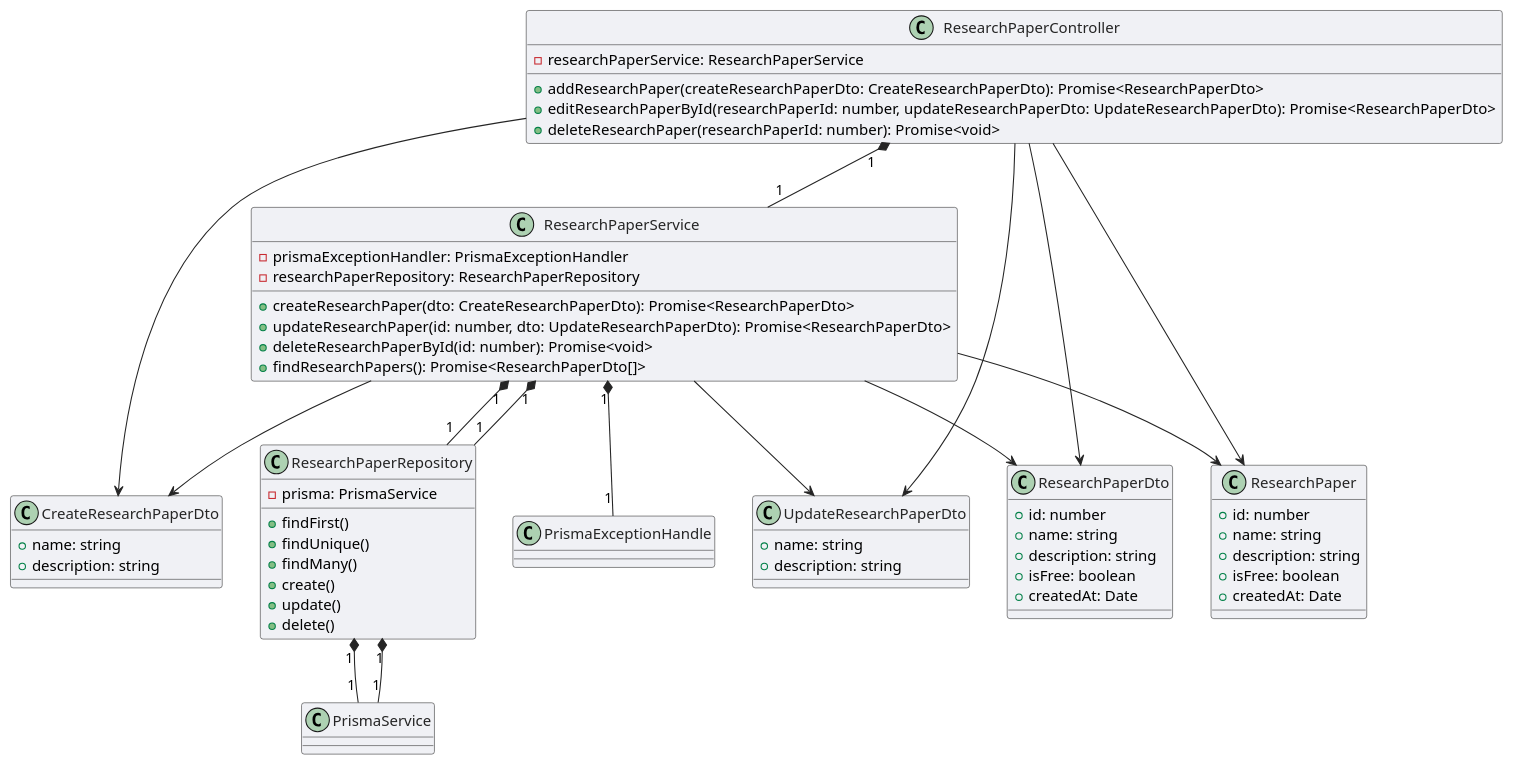
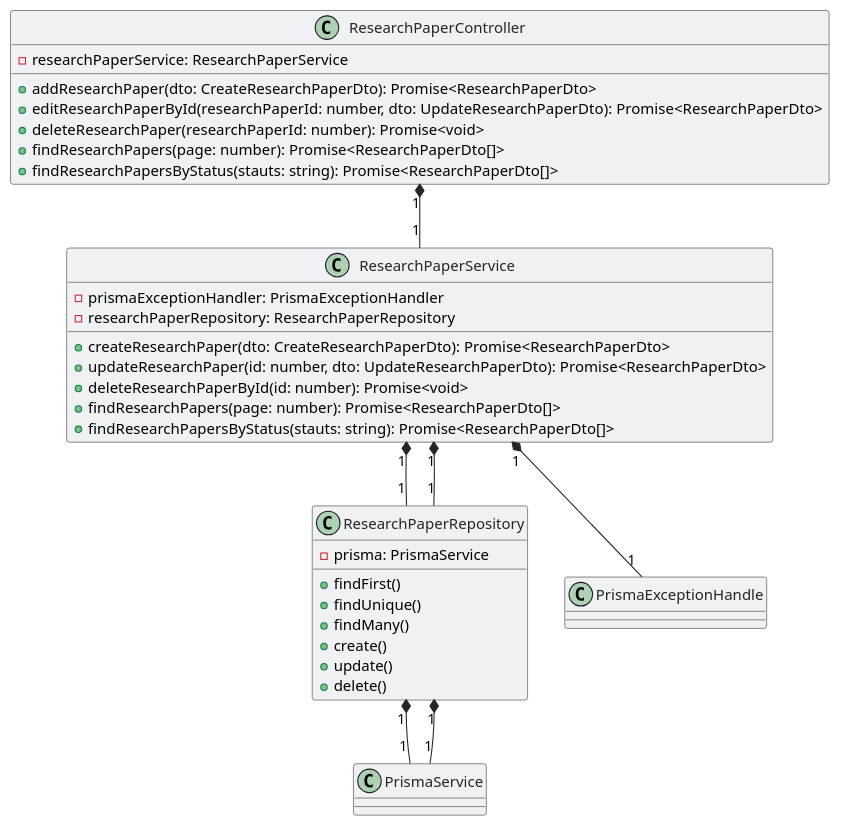
The diagram in docs/diagrams/wsd/research-paper.wsd (drDeepl/data-mining-lab-api-nest), drawn with PlantUML before and after one commit. The commit also changed 14 other files, not shown here.

Commit message:
updated diagrams

```diff
--- a/docs/diagrams/wsd/research-paper.wsd
+++ b/docs/diagrams/wsd/research-paper.wsd
@@ -1,76 +1,48 @@
 @startuml research_paper
 
 skinparam ArrowColor #252525
 skinparam ClassBackgroundColor #F0F1F5
 skinparam ClassBorderColor #252525
 skinparam ClassFontColor #252525
 
 
 class ResearchPaperRepository {
   - prisma: PrismaService
   + findFirst()
   + findUnique()
   + findMany()
   + create()
   + update()
   + delete()
 }
 
+class ResearchPaperController {
+
+    - researchPaperService: ResearchPaperService
+    + addResearchPaper(dto: CreateResearchPaperDto): Promise<ResearchPaperDto>
+    + editResearchPaperById(researchPaperId: number, dto: UpdateResearchPaperDto): Promise<ResearchPaperDto>
+    + deleteResearchPaper(researchPaperId: number): Promise<void>
+    + findResearchPapers(page: number): Promise<ResearchPaperDto[]>
+    + findResearchPapersByStatus(stauts: string): Promise<ResearchPaperDto[]>
+
+}
+
+
 class ResearchPaperService {
   - prismaExceptionHandler: PrismaExceptionHandler
   - researchPaperRepository: ResearchPaperRepository
   + createResearchPaper(dto: CreateResearchPaperDto): Promise<ResearchPaperDto>
   + updateResearchPaper(id: number, dto: UpdateResearchPaperDto): Promise<ResearchPaperDto>
   + deleteResearchPaperById(id: number): Promise<void>
-  + findResearchPapers(): Promise<ResearchPaperDto[]>
+  + findResearchPapers(page: number): Promise<ResearchPaperDto[]>
+  + findResearchPapersByStatus(stauts: string): Promise<ResearchPaperDto[]>
 }
 
-class CreateResearchPaperDto {
-  + name: string
-  + description: string
-}
-
-class UpdateResearchPaperDto {
-  + name: string
-  + description: string
-}
-
-class ResearchPaperDto {
-  + id: number
-  + name: string
-  + description: string
-  + isFree: boolean
-  + createdAt: Date
-}
-
-class ResearchPaper {
-  + id: number
-  + name: string
-  + description: string
-  + isFree: boolean
-  + createdAt: Date
-}
-
-class ResearchPaperController {
-
-    -researchPaperService: ResearchPaperService
-    +addResearchPaper(createResearchPaperDto: CreateResearchPaperDto): Promise<ResearchPaperDto>
-    +editResearchPaperById(researchPaperId: number, updateResearchPaperDto: UpdateResearchPaperDto): Promise<ResearchPaperDto>
-    +deleteResearchPaper(researchPaperId: number): Promise<void>
-}
 
 ResearchPaperService "1" *-- "1" ResearchPaperRepository
 ResearchPaperService "1" *-- "1" PrismaExceptionHandle
 ResearchPaperRepository "1" *-- "1" PrismaService
 ResearchPaperRepository "1" *-- "1" PrismaService
 ResearchPaperService "1" *-- "1" ResearchPaperRepository
 ResearchPaperController "1" *-- "1" ResearchPaperService
-ResearchPaperController --> CreateResearchPaperDto
-ResearchPaperController --> UpdateResearchPaperDto
-ResearchPaperController --> ResearchPaperDto
-ResearchPaperController --> ResearchPaper
-ResearchPaperService --> CreateResearchPaperDto
-ResearchPaperService --> UpdateResearchPaperDto
-ResearchPaperService --> ResearchPaperDto
-ResearchPaperService --> ResearchPaper
 @enduml
```
